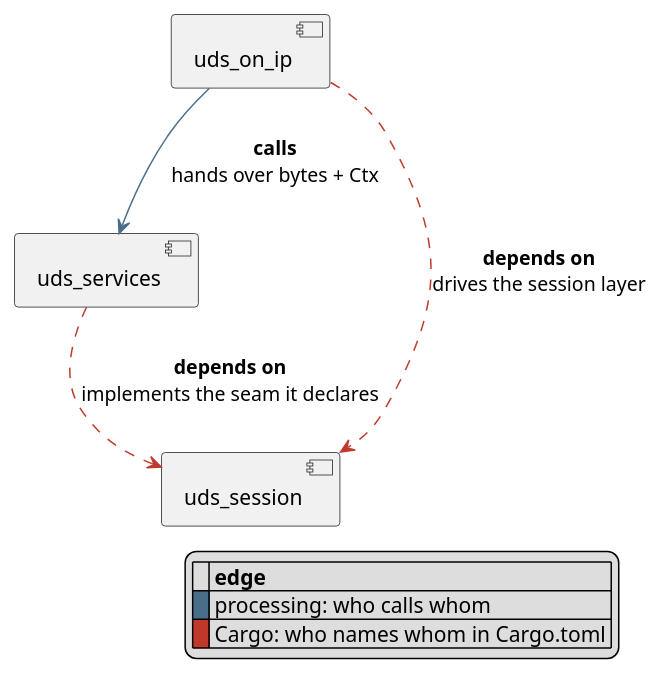
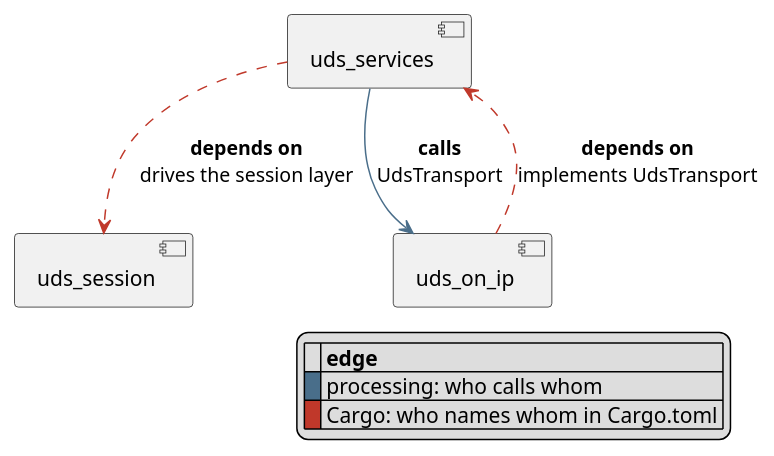
The third of 3 diagrams in crates/uds_services/docs/architecture/stack-position.rst (luminartech/uds_stack), drawn with PlantUML before and after one commit. The commit also changed other lines of this file and 2 other files, not shown here.

First line of the commit message:
docs: redraw the stack with this crate driving

```diff
--- a/crates/uds_services/docs/architecture/stack-position.rst
+++ b/crates/uds_services/docs/architecture/stack-position.rst
@@ -435,19 +454,19 @@
 .. uml::
    :align: center
-   :caption: At the handler seam, the caller and the dependent are not the same crate.
+   :caption: Processing order and Cargo dependency now point the same way at every edge.
 
    @startuml
    [uds_services] as SVC
    [uds_session] as SESS
    [uds_on_ip] as OIP
 
-   OIP -[#4A6E8A]-> SVC : <b>calls</b>\nhands over bytes + Ctx
-   SVC -[#C0392B,dashed]-> SESS : <b>depends on</b>\nimplements the seam it declares
-   OIP -[#C0392B,dashed]-> SESS : <b>depends on</b>\ndrives the session layer
+   SVC -[#4A6E8A]-> OIP : <b>calls</b>\nUdsTransport
+   OIP -[#C0392B,dashed]-> SVC : <b>depends on</b>\nimplements UdsTransport
+   SVC -[#C0392B,dashed]-> SESS : <b>depends on</b>\ndrives the session layer
 
    legend right
      |= |= edge |
      |<back:#4A6E8A>   </back>| processing: who calls whom |
      |<back:#C0392B>   </back>| Cargo: who names whom in Cargo.toml |
    endlegend
    @enduml
```
